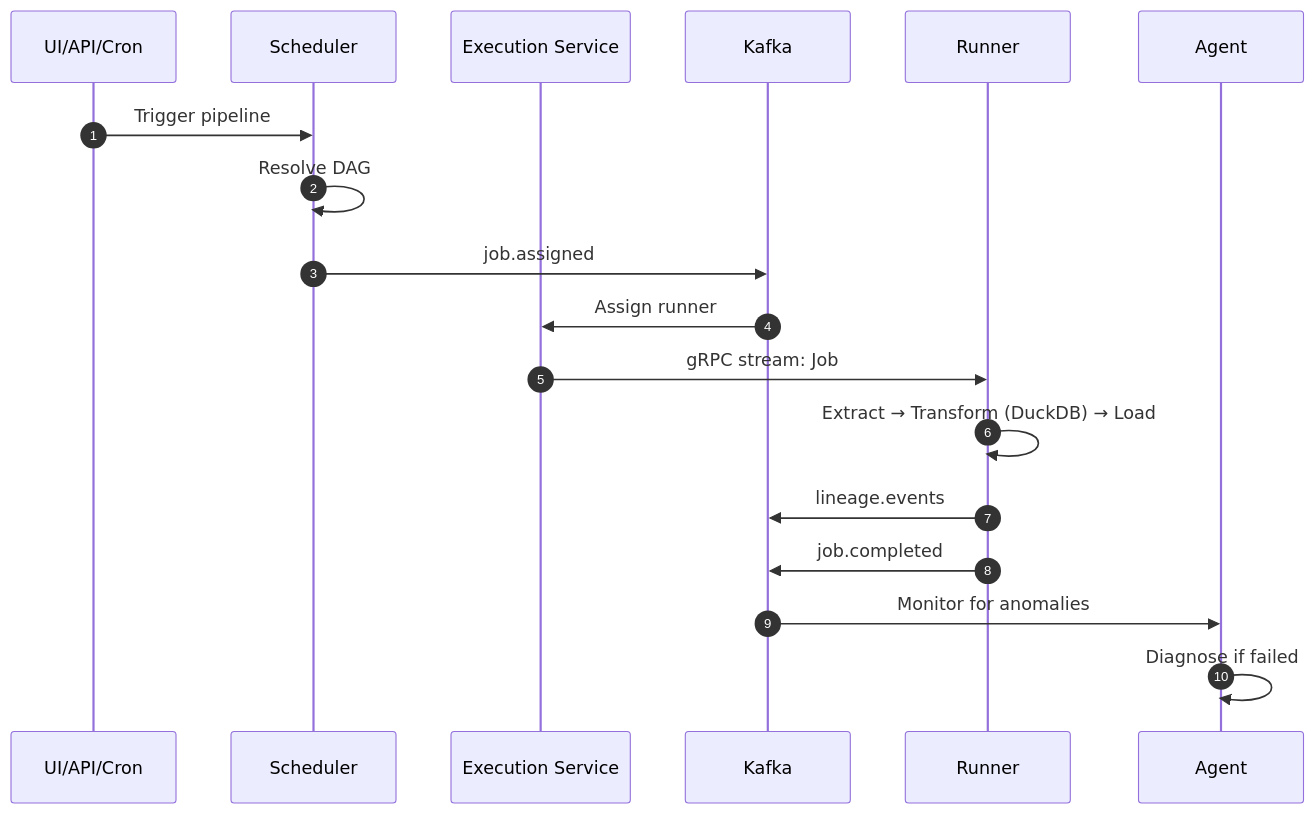
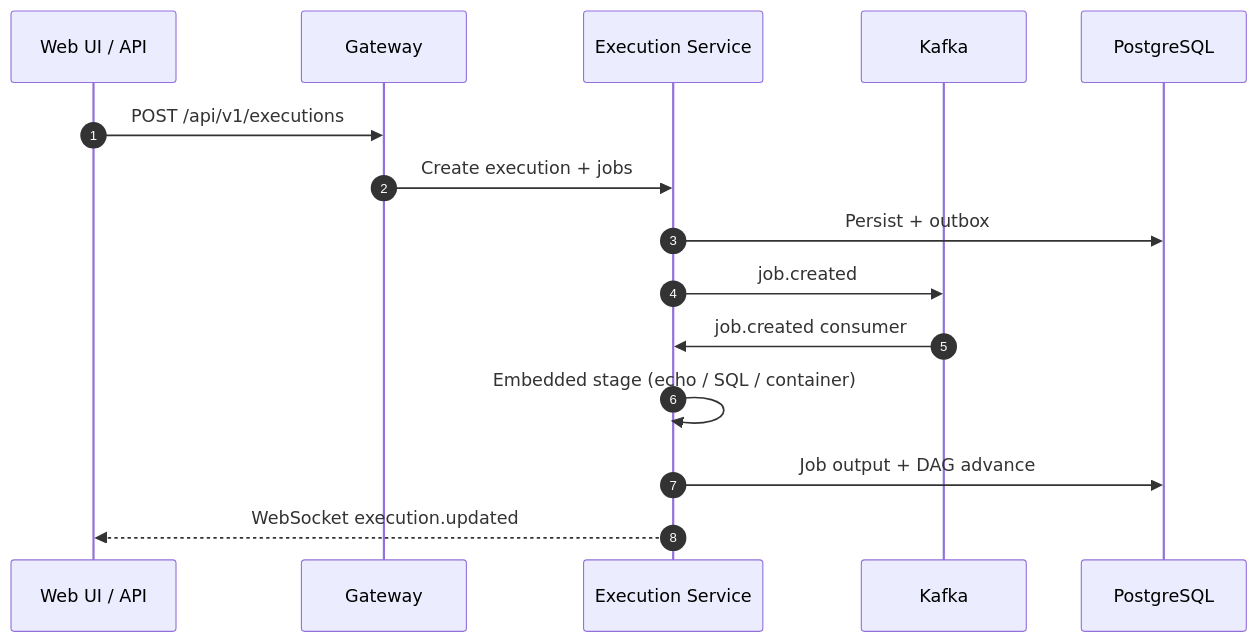
One commit to Abhishekkumar2021/Pravah changed the second of 2 diagrams in README.md. Above: the diagram before and after it, drawn with Mermaid. The commit also changed other lines of this file and 42 other files, not shown here.

First line of the commit message:
feat(execution-service): Harden stage output resolution and docs parity (US-02.10)

````diff
--- a/README.md
+++ b/README.md
@@ -96,21 +112,18 @@
 ```mermaid
 sequenceDiagram
     autonumber
-    participant UI as UI/API/Cron
-    participant Sched as Scheduler
+    participant UI as Web UI / API
+    participant GW as Gateway
     participant Exec as Execution Service
     participant Kafka
-    participant Runner
-    participant Agent
-    
-    UI->>Sched: Trigger pipeline
-    Sched->>Sched: Resolve DAG
-    Sched->>Kafka: job.assigned
-    Kafka->>Exec: Assign runner
-    Exec->>Runner: gRPC stream: Job
-    Runner->>Runner: Extract → Transform (DuckDB) → Load
-    Runner->>Kafka: lineage.events
-    Runner->>Kafka: job.completed
-    Kafka->>Agent: Monitor for anomalies
-    Agent->>Agent: Diagnose if failed
+    participant PG as PostgreSQL
+
+    UI->>GW: POST /api/v1/executions
+    GW->>Exec: Create execution + jobs
+    Exec->>PG: Persist + outbox
+    Exec->>Kafka: job.created
+    Kafka->>Exec: job.created consumer
+    Exec->>Exec: Embedded stage (echo / SQL / container)
+    Exec->>PG: Job output + DAG advance
+    Exec-->>UI: WebSocket execution.updated
 ```
````
